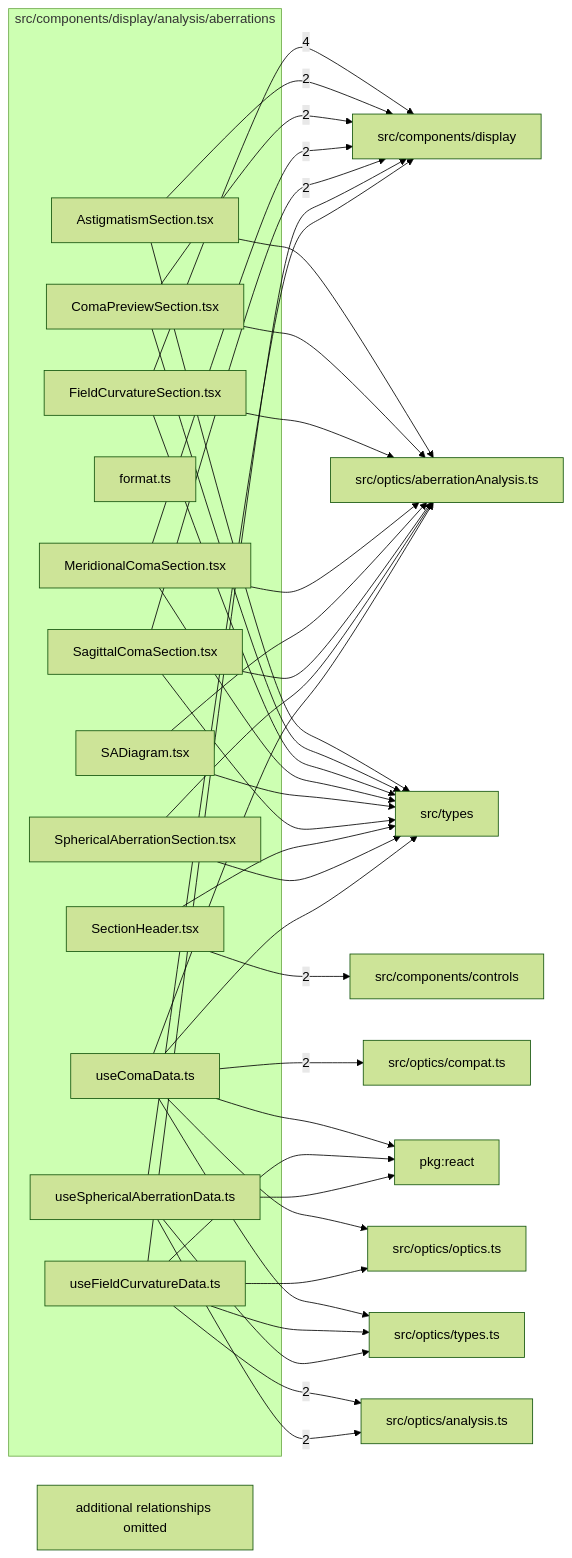
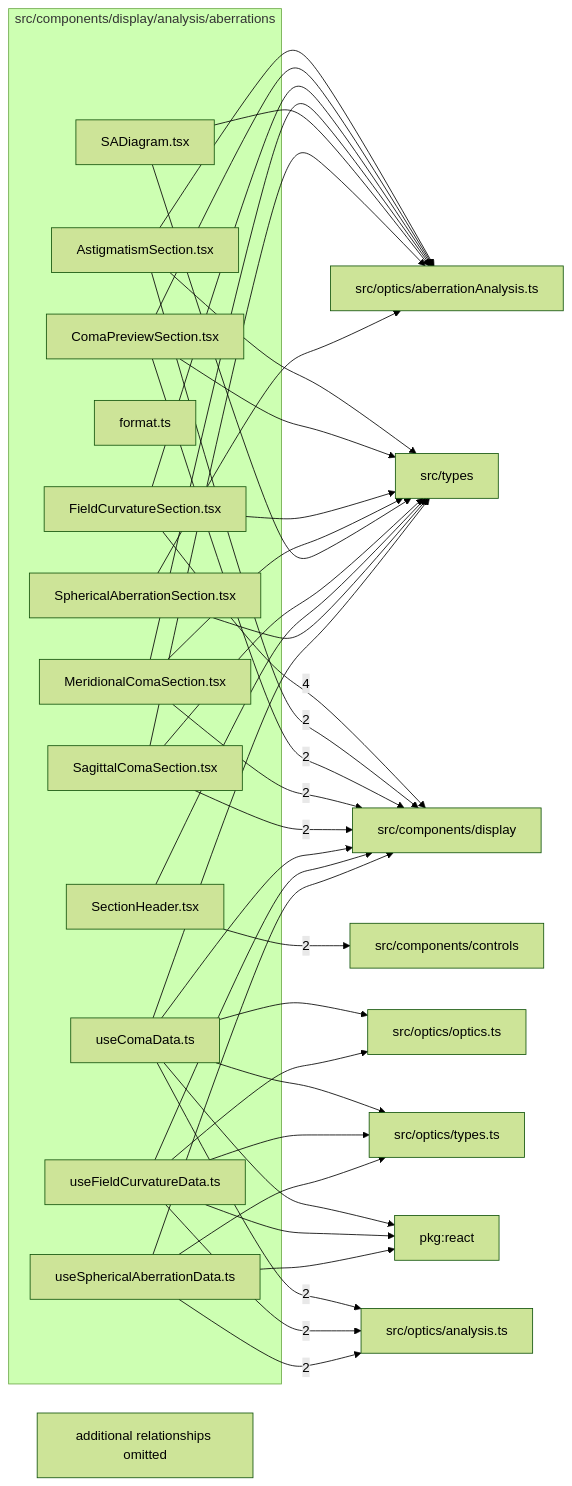
The diagram in src/components/display/analysis/aberrations/readme.md (ronbuening/LensVisualizer), drawn with Mermaid (forest theme) before and after one commit. The commit also changed other lines of this file and 30 other files, not shown here.

Commit message:
S7.P2.T4 Coma: meridional, sagittal and previews on AnalysisRequest

````diff
--- a/src/components/display/analysis/aberrations/readme.md
+++ b/src/components/display/analysis/aberrations/readme.md
@@ -9,63 +9,62 @@
 ```mermaid
 flowchart LR
   subgraph n_src_components_display_analysis_aberrations["src/components/display/analysis/aberrations"]
     n_src_components_display_analysis_aberrations_src_components_display_analysis_aberrations_AstigmatismSection_tsx["AstigmatismSection.tsx"]
     n_src_components_display_analysis_aberrations_src_components_display_analysis_aberrations_ComaPreviewSection_tsx["ComaPreviewSection.tsx"]
     n_src_components_display_analysis_aberrations_src_components_display_analysis_aberrations_FieldCurvatureSection_tsx["FieldCurvatureSection.tsx"]
     n_src_components_display_analysis_aberrations_src_components_display_analysis_aberrations_format_ts["format.ts"]
     n_src_components_display_analysis_aberrations_src_components_display_analysis_aberrations_MeridionalComaSection_tsx["MeridionalComaSection.tsx"]
     n_src_components_display_analysis_aberrations_src_components_display_analysis_aberrations_SADiagram_tsx["SADiagram.tsx"]
     n_src_components_display_analysis_aberrations_src_components_display_analysis_aberrations_SagittalComaSection_tsx["SagittalComaSection.tsx"]
     n_src_components_display_analysis_aberrations_src_components_display_analysis_aberrations_SectionHeader_tsx["SectionHeader.tsx"]
     n_src_components_display_analysis_aberrations_src_components_display_analysis_aberrations_SphericalAberrationSection_tsx["SphericalAberrationSection.tsx"]
     n_src_components_display_analysis_aberrations_src_components_display_analysis_aberrations_useComaData_ts["useComaData.ts"]
     n_src_components_display_analysis_aberrations_src_components_display_analysis_aberrations_useFieldCurvatureData_ts["useFieldCurvatureData.ts"]
     n_src_components_display_analysis_aberrations_src_components_display_analysis_aberrations_useSphericalAberrationData_ts["useSphericalAberrationData.ts"]
   end
   n_external_src_components_display["src/components/display"]
   n_external_src_components_controls["src/components/controls"]
   n_external_src_optics_analysis_ts["src/optics/analysis.ts"]
-  n_external_src_optics_compat_ts["src/optics/compat.ts"]
   n_external_pkg_react["pkg:react"]
   n_external_src_optics_aberrationAnalysis_ts["src/optics/aberrationAnalysis.ts"]
   n_external_src_optics_optics_ts["src/optics/optics.ts"]
   n_external_src_optics_types_ts["src/optics/types.ts"]
   n_external_src_types["src/types"]
   n_src_components_display_analysis_aberrations_src_components_display_analysis_aberrations_FieldCurvatureSection_tsx --> |4| n_external_src_components_display
   n_src_components_display_analysis_aberrations_src_components_display_analysis_aberrations_SectionHeader_tsx --> |2| n_external_src_components_controls
   n_src_components_display_analysis_aberrations_src_components_display_analysis_aberrations_AstigmatismSection_tsx --> |2| n_external_src_components_display
   n_src_components_display_analysis_aberrations_src_components_display_analysis_aberrations_ComaPreviewSection_tsx --> |2| n_external_src_components_display
   n_src_components_display_analysis_aberrations_src_components_display_analysis_aberrations_MeridionalComaSection_tsx --> |2| n_external_src_components_display
   n_src_components_display_analysis_aberrations_src_components_display_analysis_aberrations_SagittalComaSection_tsx --> |2| n_external_src_components_display
+  n_src_components_display_analysis_aberrations_src_components_display_analysis_aberrations_useComaData_ts --> |2| n_external_src_optics_analysis_ts
   n_src_components_display_analysis_aberrations_src_components_display_analysis_aberrations_useFieldCurvatureData_ts --> |2| n_external_src_optics_analysis_ts
   n_src_components_display_analysis_aberrations_src_components_display_analysis_aberrations_useSphericalAberrationData_ts --> |2| n_external_src_optics_analysis_ts
-  n_src_components_display_analysis_aberrations_src_components_display_analysis_aberrations_useComaData_ts --> |2| n_external_src_optics_compat_ts
   n_src_components_display_analysis_aberrations_src_components_display_analysis_aberrations_useComaData_ts --> n_external_pkg_react
   n_src_components_display_analysis_aberrations_src_components_display_analysis_aberrations_useFieldCurvatureData_ts --> n_external_pkg_react
   n_src_components_display_analysis_aberrations_src_components_display_analysis_aberrations_useSphericalAberrationData_ts --> n_external_pkg_react
+  n_src_components_display_analysis_aberrations_src_components_display_analysis_aberrations_useComaData_ts --> n_external_src_components_display
   n_src_components_display_analysis_aberrations_src_components_display_analysis_aberrations_useFieldCurvatureData_ts --> n_external_src_components_display
   n_src_components_display_analysis_aberrations_src_components_display_analysis_aberrations_useSphericalAberrationData_ts --> n_external_src_components_display
   n_src_components_display_analysis_aberrations_src_components_display_analysis_aberrations_AstigmatismSection_tsx --> n_external_src_optics_aberrationAnalysis_ts
   n_src_components_display_analysis_aberrations_src_components_display_analysis_aberrations_ComaPreviewSection_tsx --> n_external_src_optics_aberrationAnalysis_ts
   n_src_components_display_analysis_aberrations_src_components_display_analysis_aberrations_FieldCurvatureSection_tsx --> n_external_src_optics_aberrationAnalysis_ts
   n_src_components_display_analysis_aberrations_src_components_display_analysis_aberrations_MeridionalComaSection_tsx --> n_external_src_optics_aberrationAnalysis_ts
   n_src_components_display_analysis_aberrations_src_components_display_analysis_aberrations_SADiagram_tsx --> n_external_src_optics_aberrationAnalysis_ts
   n_src_components_display_analysis_aberrations_src_components_display_analysis_aberrations_SagittalComaSection_tsx --> n_external_src_optics_aberrationAnalysis_ts
   n_src_components_display_analysis_aberrations_src_components_display_analysis_aberrations_SphericalAberrationSection_tsx --> n_external_src_optics_aberrationAnalysis_ts
-  n_src_components_display_analysis_aberrations_src_components_display_analysis_aberrations_useComaData_ts --> n_external_src_optics_aberrationAnalysis_ts
   n_src_components_display_analysis_aberrations_src_components_display_analysis_aberrations_useComaData_ts --> n_external_src_optics_optics_ts
   n_src_components_display_analysis_aberrations_src_components_display_analysis_aberrations_useFieldCurvatureData_ts --> n_external_src_optics_optics_ts
   n_src_components_display_analysis_aberrations_src_components_display_analysis_aberrations_useComaData_ts --> n_external_src_optics_types_ts
   n_src_components_display_analysis_aberrations_src_components_display_analysis_aberrations_useFieldCurvatureData_ts --> n_external_src_optics_types_ts
   n_src_components_display_analysis_aberrations_src_components_display_analysis_aberrations_useSphericalAberrationData_ts --> n_external_src_optics_types_ts
   n_src_components_display_analysis_aberrations_src_components_display_analysis_aberrations_AstigmatismSection_tsx --> n_external_src_types
   n_src_components_display_analysis_aberrations_src_components_display_analysis_aberrations_ComaPreviewSection_tsx --> n_external_src_types
   n_src_components_display_analysis_aberrations_src_components_display_analysis_aberrations_FieldCurvatureSection_tsx --> n_external_src_types
   n_src_components_display_analysis_aberrations_src_components_display_analysis_aberrations_MeridionalComaSection_tsx --> n_external_src_types
   n_src_components_display_analysis_aberrations_src_components_display_analysis_aberrations_SADiagram_tsx --> n_external_src_types
   n_src_components_display_analysis_aberrations_src_components_display_analysis_aberrations_SagittalComaSection_tsx --> n_external_src_types
   n_src_components_display_analysis_aberrations_src_components_display_analysis_aberrations_SectionHeader_tsx --> n_external_src_types
   n_src_components_display_analysis_aberrations_src_components_display_analysis_aberrations_SphericalAberrationSection_tsx --> n_external_src_types
   n_src_components_display_analysis_aberrations_src_components_display_analysis_aberrations_useComaData_ts --> n_external_src_types
   n_src_components_display_analysis_aberrations_truncated["additional relationships omitted"]
 ```
````
